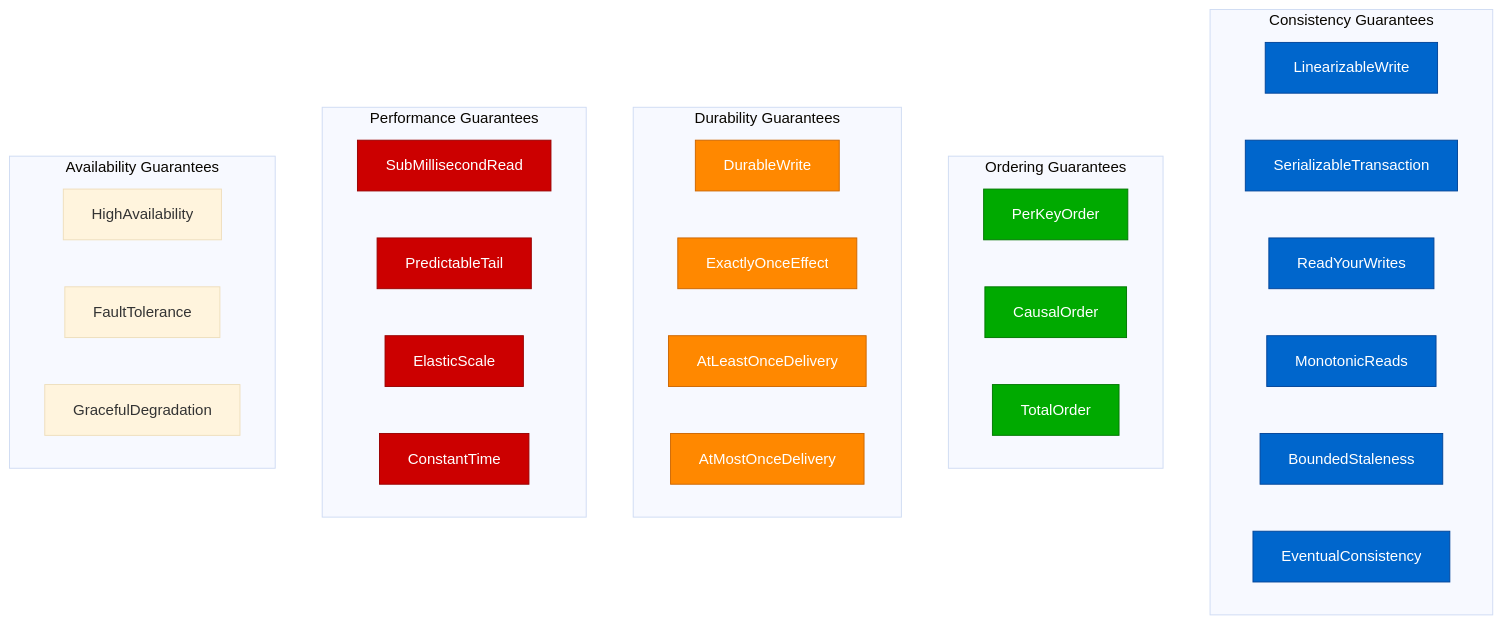
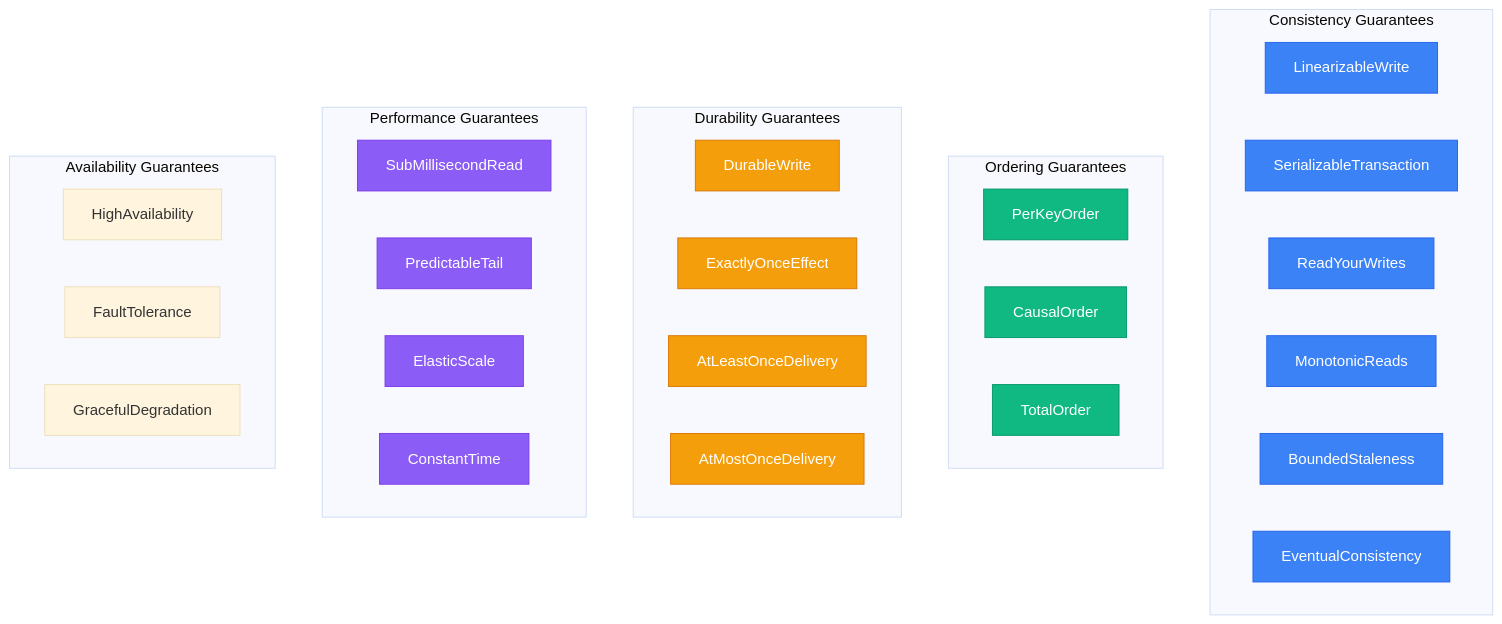
Before and after one commit to deepaucksharma/DS: the first of 3 diagrams in site/docs/foundation/capabilities.md, drawn with Mermaid (base theme). The commit also changed other lines of this file and 303 other files, not shown here.

````diff
--- a/site/docs/foundation/capabilities.md
+++ b/site/docs/foundation/capabilities.md
@@ -7,48 +7,48 @@
 ```mermaid
 graph TB
     subgraph Consistency["Consistency Guarantees"]
         LW[LinearizableWrite]
         ST[SerializableTransaction]
         RYW[ReadYourWrites]
         MR[MonotonicReads]
         BS[BoundedStaleness]
         EC[EventualConsistency]
     end
 
     subgraph Order["Ordering Guarantees"]
         PKO[PerKeyOrder]
         CO[CausalOrder]
         TO[TotalOrder]
     end
 
     subgraph Durability["Durability Guarantees"]
         DW[DurableWrite]
         EOE[ExactlyOnceEffect]
         ALOD[AtLeastOnceDelivery]
         AMOD[AtMostOnceDelivery]
     end
 
     subgraph Performance["Performance Guarantees"]
         SMR[SubMillisecondRead]
         PT[PredictableTail]
         ES[ElasticScale]
         CT[ConstantTime]
     end
 
     subgraph Availability["Availability Guarantees"]
         HA[HighAvailability]
         FT[FaultTolerance]
         GD[GracefulDegradation]
     end
 
     %% Apply colors
-    classDef consistencyStyle fill:#0066CC,stroke:#004499,color:#fff
-    classDef orderStyle fill:#00AA00,stroke:#007700,color:#fff
-    classDef durabilityStyle fill:#FF8800,stroke:#CC6600,color:#fff
-    classDef performanceStyle fill:#CC0000,stroke:#990000,color:#fff
+    classDef consistencyStyle fill:#3B82F6,stroke:#2563EB,color:#fff
+    classDef orderStyle fill:#10B981,stroke:#059669,color:#fff
+    classDef durabilityStyle fill:#F59E0B,stroke:#D97706,color:#fff
+    classDef performanceStyle fill:#8B5CF6,stroke:#7C3AED,color:#fff
 
     class LW,ST,RYW,MR,BS,EC consistencyStyle
     class PKO,CO,TO orderStyle
     class DW,EOE,ALOD,AMOD durabilityStyle
     class SMR,PT,ES,CT performanceStyle
 ```
````
